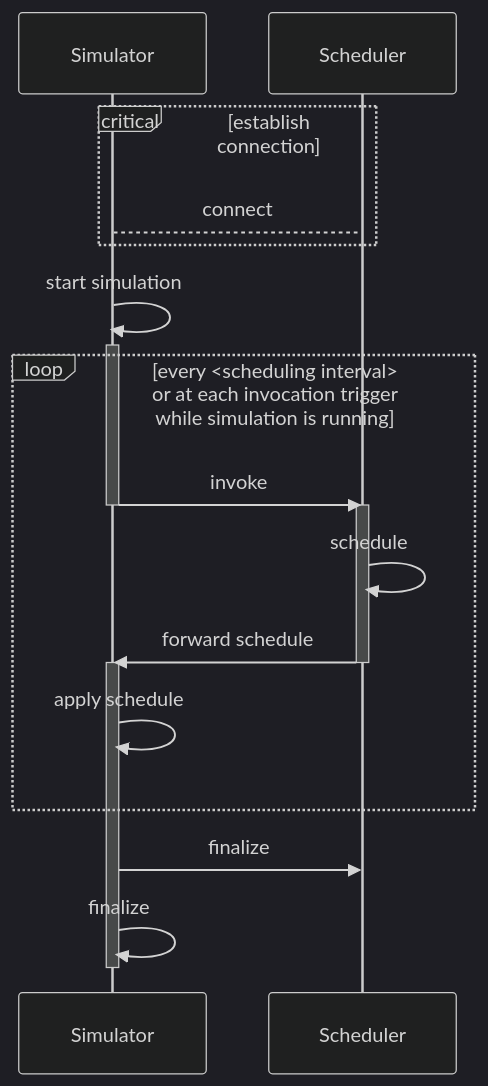
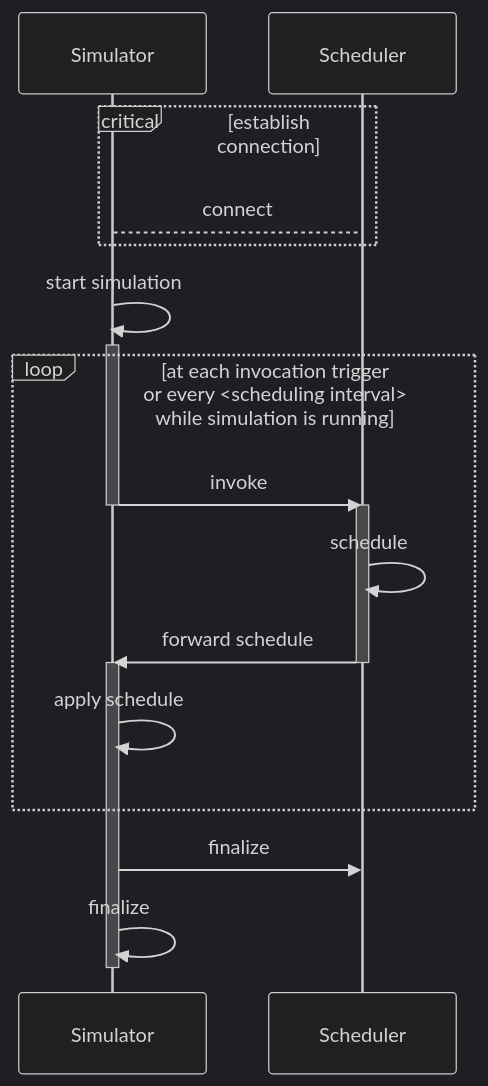
The diagram in get-started/scheduling-protocol.md (elastisim/elastisim.github.io), drawn with Mermaid (dark theme) before and after one commit. The commit also changed 10 other files, not shown here.

````diff
--- a/get-started/scheduling-protocol.md
+++ b/get-started/scheduling-protocol.md
@@ -22,23 +22,23 @@
 ```mermaid
 sequenceDiagram
     participant sim as Simulator
     participant sched as Scheduler
     critical establish connection
         sim-->sched: connect
     end
     sim->>sim: start simulation
     activate sim
-    loop every <scheduling interval><br/>or at each invocation trigger<br/>while simulation is running
+    loop at each invocation trigger<br>or every <scheduling interval><br>while simulation is running
         sim->>sched: invoke
         deactivate sim
         activate sched
         sched->>sched: schedule
         sched->>sim: forward schedule
         deactivate sched
         activate sim
         sim->>sim: apply schedule
     end
     sim->>sched: finalize
     sim->>sim: finalize
     deactivate sim
 ```
````
